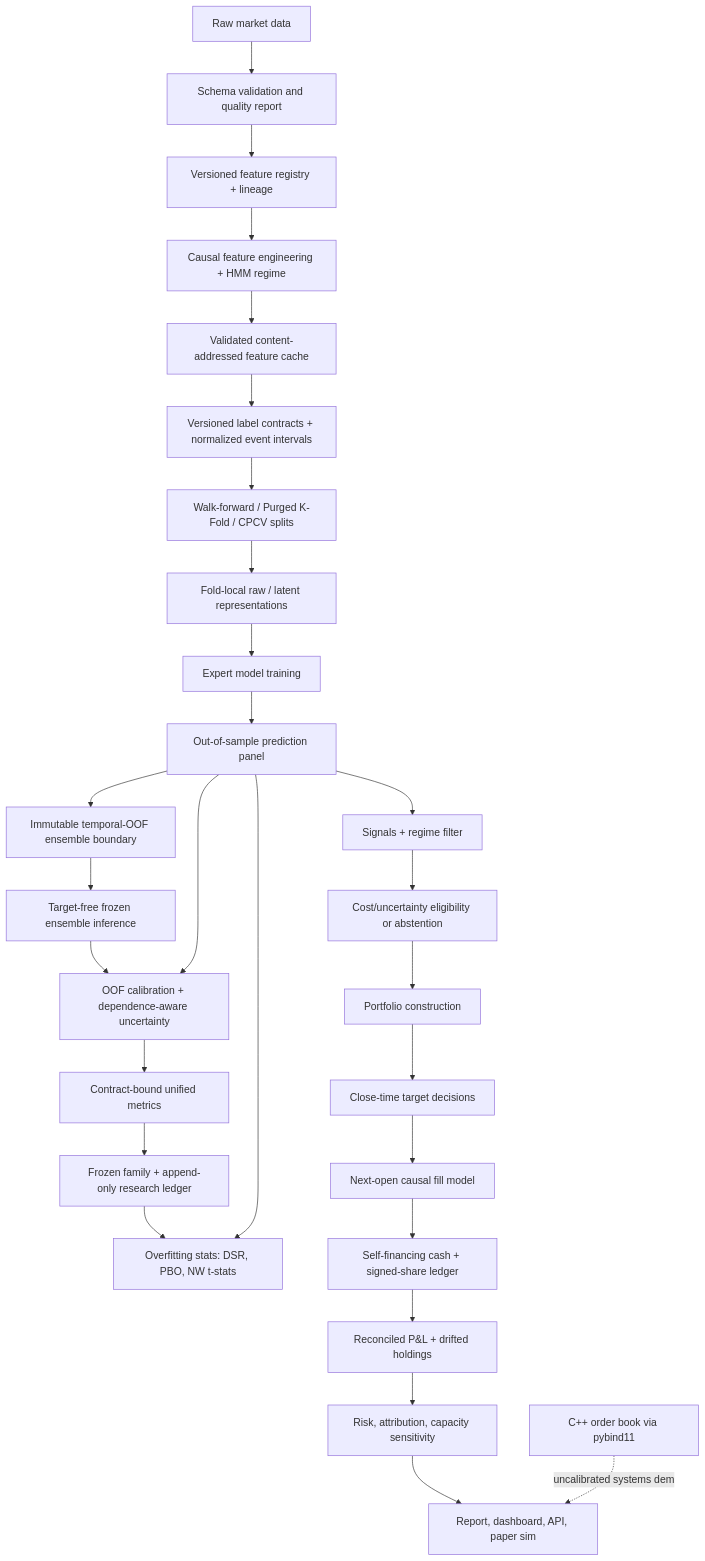
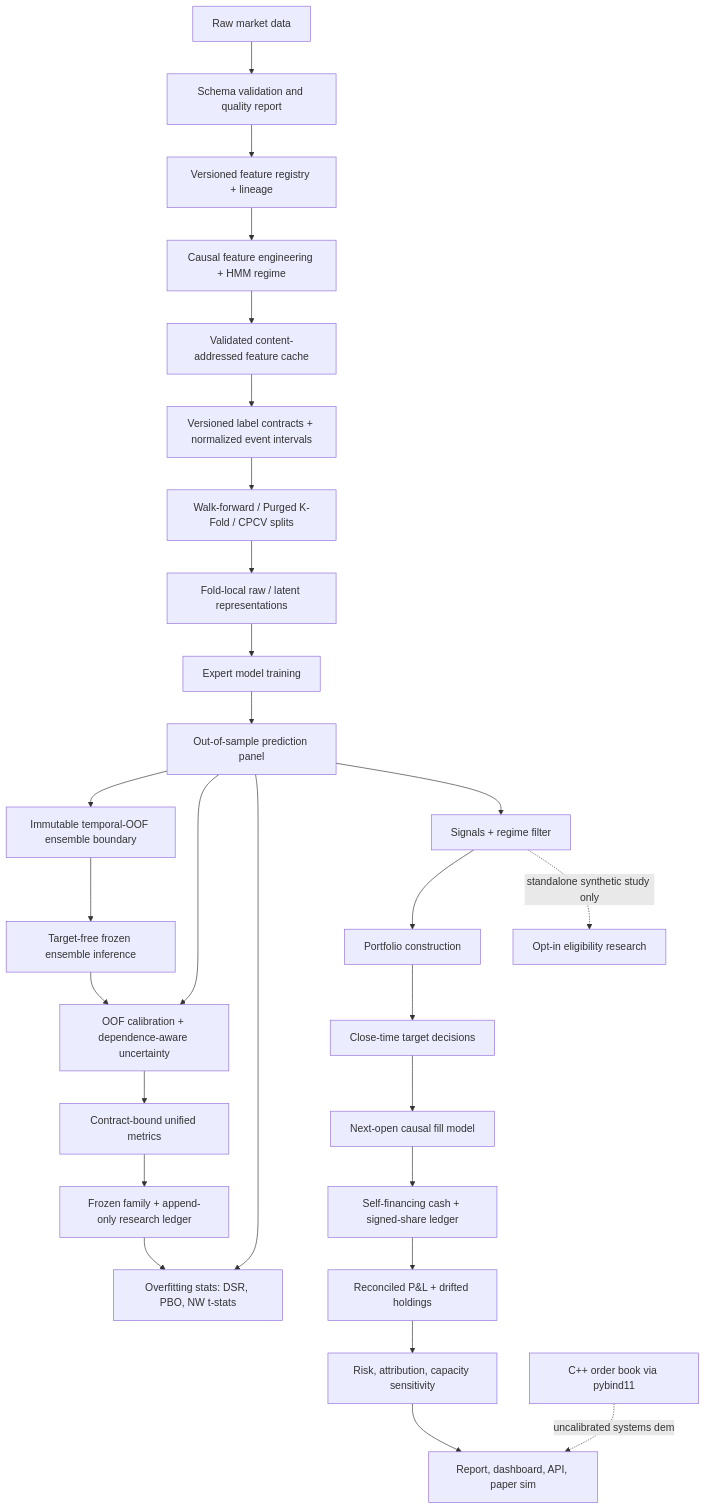
One commit to srgangaram-swe/AlphaForge changed the diagram in docs/architecture.md. Above: the diagram before and after it, drawn with Mermaid. The commit also changed other lines of this file and 7 other files, not shown here.

````diff
--- a/docs/architecture.md
+++ b/docs/architecture.md
@@ -5,30 +5,30 @@
 ```mermaid
 flowchart TD
     raw[Raw market data] --> validate[Schema validation and quality report]
     validate --> registry[Versioned feature registry + lineage]
     registry --> features[Causal feature engineering + HMM regime]
     features --> cache[Validated content-addressed feature cache]
     cache --> labels[Versioned label contracts + normalized event intervals]
     labels --> splits[Walk-forward / Purged K-Fold / CPCV splits]
     splits --> representations[Fold-local raw / latent representations]
     representations --> models[Expert model training]
     models --> preds[Out-of-sample prediction panel]
     preds --> ensembles[Immutable temporal-OOF ensemble boundary]
     ensembles --> combined[Target-free frozen ensemble inference]
     combined --> calibration
     preds --> calibration[OOF calibration + dependence-aware uncertainty]
     calibration --> metrics[Contract-bound unified metrics]
     metrics --> governance[Frozen family + append-only research ledger]
     governance --> overfit
     preds --> overfit[Overfitting stats: DSR, PBO, NW t-stats]
     preds --> signals[Signals + regime filter]
-    signals --> eligibility[Cost/uncertainty eligibility or abstention]
-    eligibility --> portfolio[Portfolio construction]
+    signals --> portfolio[Portfolio construction]
+    signals -. standalone synthetic study only .-> eligibility[Opt-in eligibility research]
     portfolio --> orders[Close-time target decisions]
     orders --> execution[Next-open causal fill model]
     execution --> ledger[Self-financing cash + signed-share ledger]
     ledger --> backtest[Reconciled P&L + drifted holdings]
     backtest --> risk[Risk, attribution, capacity sensitivity]
     risk --> outputs[Report, dashboard, API, paper sim]
     native[C++ order book via pybind11] -.uncalibrated systems demo.-> outputs
 ```
````
